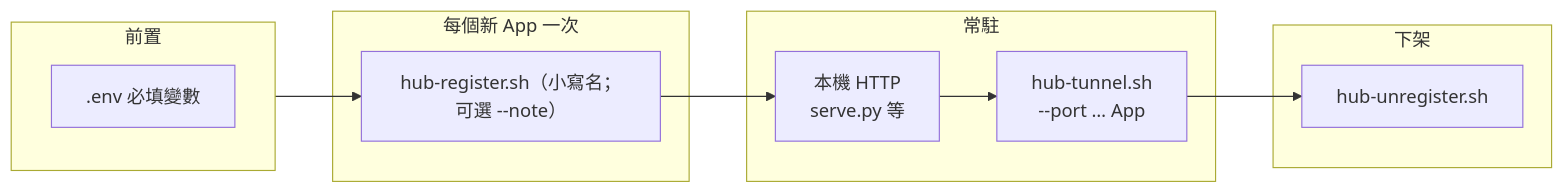
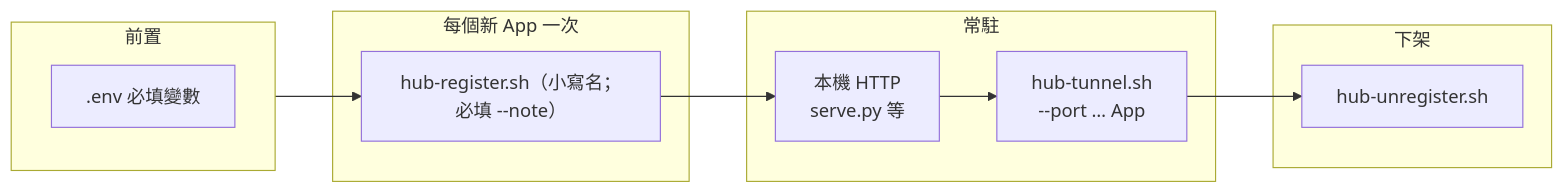
The diagram in Manual.md (MDMTseng/WebTunnelHub), drawn with Mermaid before and after one commit. The commit also changed other lines of this file and 4 other files, not shown here.

````diff
--- a/Manual.md
+++ b/Manual.md
@@ -25,18 +25,18 @@
 ```mermaid
 flowchart LR
   subgraph prep [前置]
     E[".env 必填變數"]
   end
   subgraph once [每個新 App 一次]
-    R["hub-register.sh（小寫名；可選 --note）"]
+    R["hub-register.sh（小寫名；必填 --note）"]
   end
   subgraph run [常駐]
     S["本機 HTTP\nserve.py 等"]
     T["hub-tunnel.sh\n--port … App"]
   end
   subgraph end [下架]
     U["hub-unregister.sh"]
   end
   prep --> R --> S --> T
   T --> U
 ```
````
